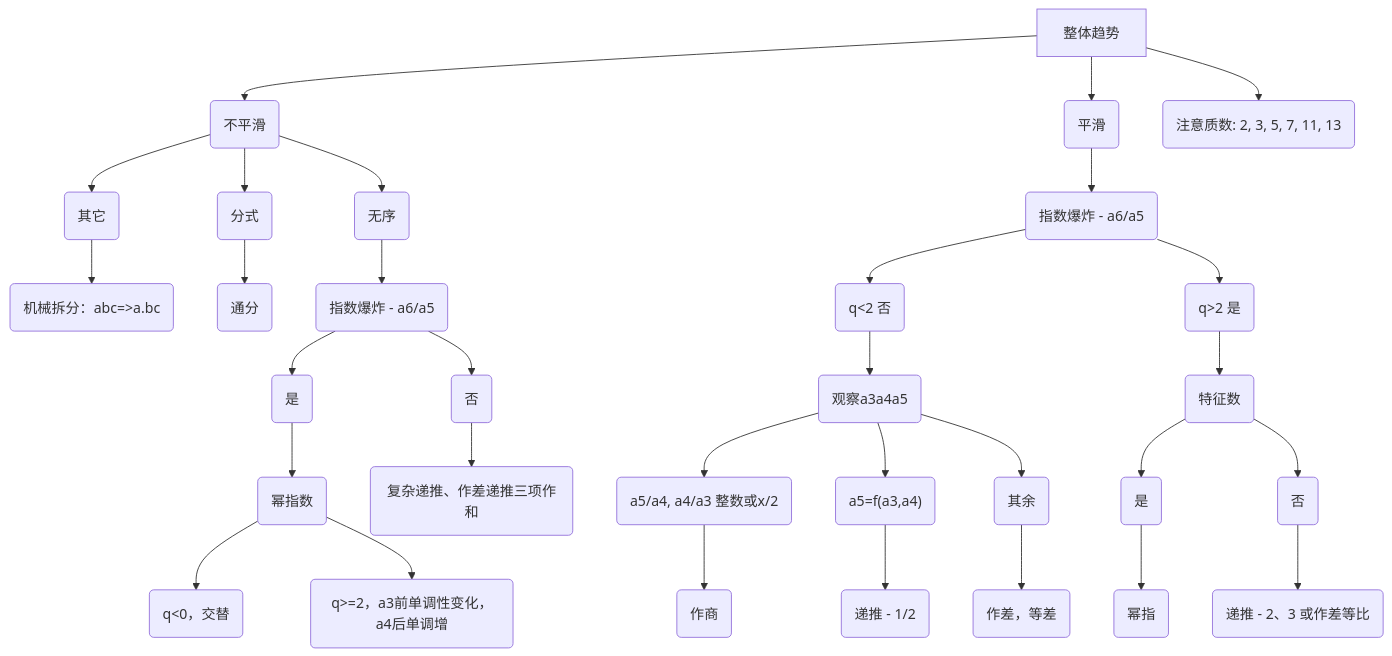
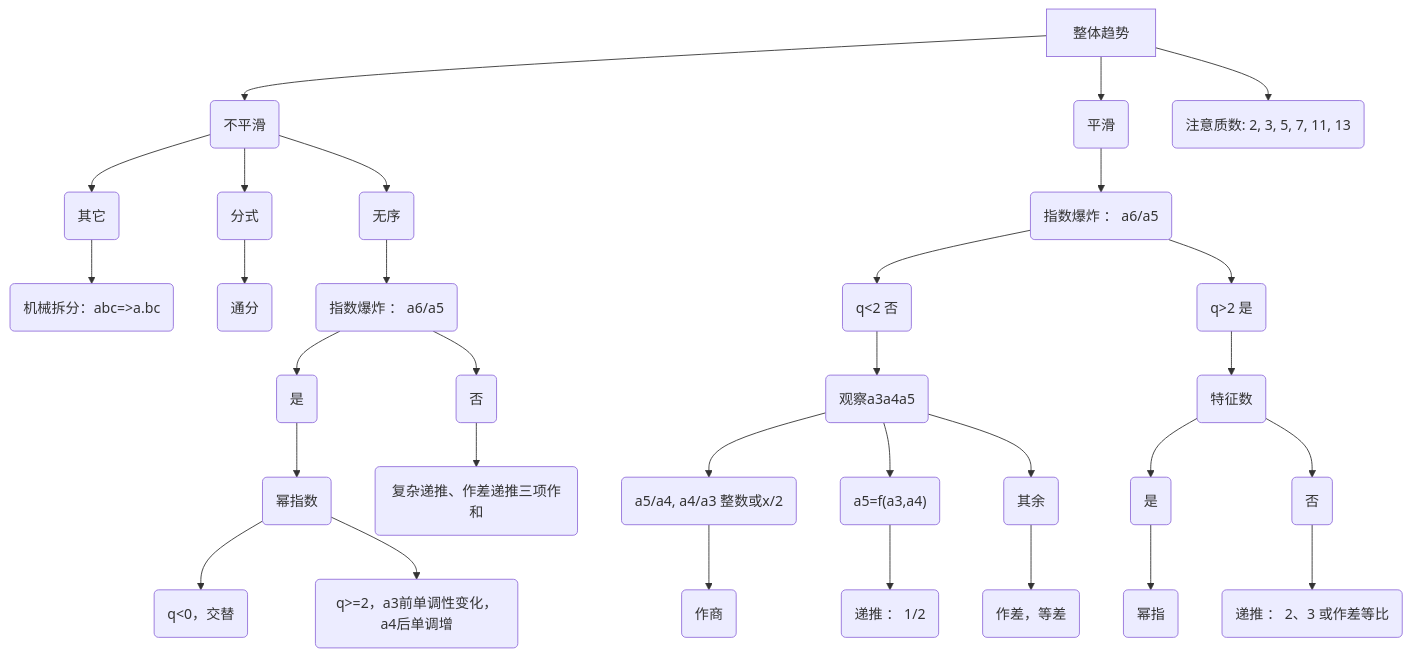
The diagram in 数字推理.md (OliviaSwitch/interesting-notes), drawn with Mermaid before and after one commit.

Commit message:
修改mermaid部分节点的描述格式，增加一定可读性

````diff
--- a/数字推理.md
+++ b/数字推理.md
@@ -154,33 +154,33 @@
 ```mermaid
 graph TD
     A[整体趋势] --> B(不平滑);
     A --> C(平滑);
     A --> Z(注意质数: 2, 3, 5, 7, 11, 13);
     B --> D(其它);
     D --> D1(机械拆分：abc=>a.bc);
     B --> E(分式);
     E --> E1(通分);
     B --> F(无序);
-    F --> G(指数爆炸 - a6/a5);
+    F --> G(指数爆炸 ： a6/a5);
     G --> H(是);
     H --> I(幂指数);
     I --> I1(q<0，交替);
     I --> I2(q>=2，a3前单调性变化，a4后单调增);
     G --> J(否);
     J --> K(复杂递推、作差递推三项作和);
-    C --> L(指数爆炸 - a6/a5);
+    C --> L(指数爆炸 ： a6/a5);
     L --> M(q<2 否);
     M --> N(观察a3a4a5);
     N --> O(a5/a4, a4/a3 整数或x/2);
     O --> O1(作商);
     N --> P("a5=f(a3,a4)");  
-    P --> P1(递推 - 1/2);
+    P --> P1(递推 ： 1/2);
     N --> Q(其余);
     Q --> Q1(作差，等差);
     L --> R(q>2 是);
     R --> S(特征数);
     S --> T(是);
     T --> T1(幂指);
     S --> U(否);
-    U --> U1(递推 - 2、3 或作差等比);
+    U --> U1(递推 ： 2、3 或作差等比);
 ```
````
